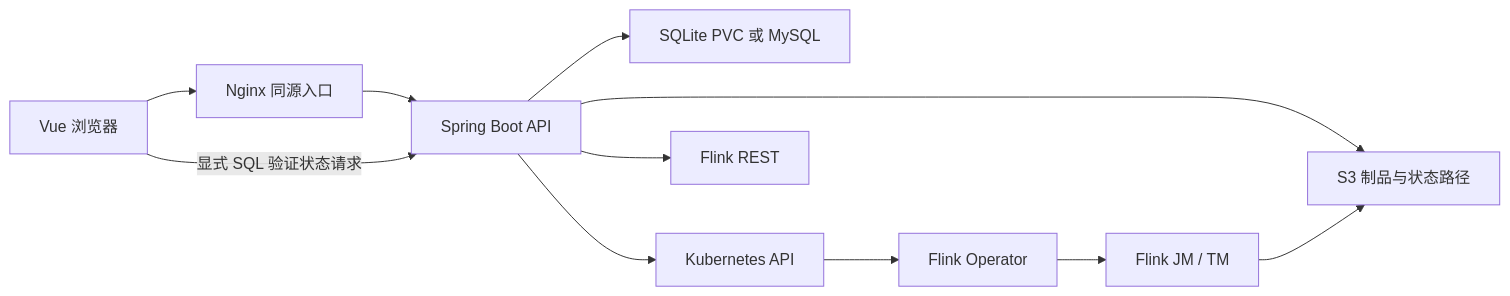
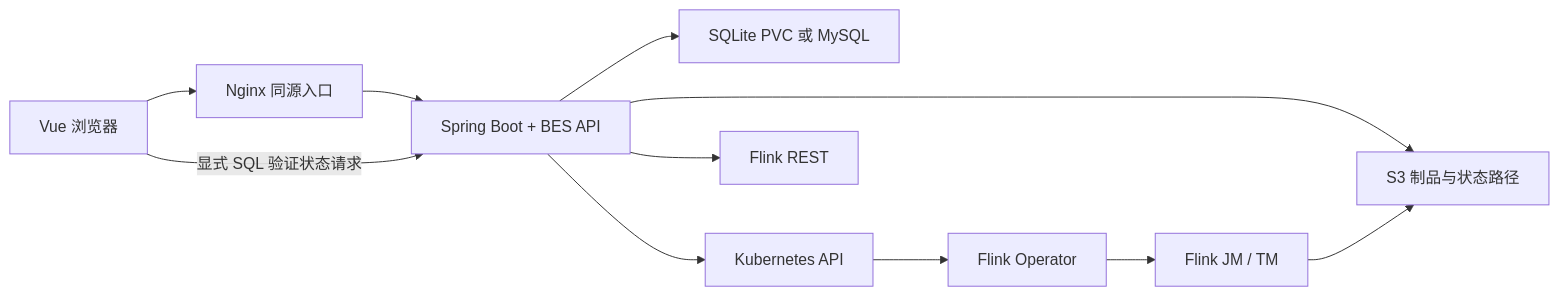
Before and after one commit to gaojiahe1/flink-web: the diagram in docs/agent/architecture.md, drawn with Mermaid. The commit also changed other lines of this file and 28 other files, not shown here.

````diff
--- a/docs/agent/architecture.md
+++ b/docs/agent/architecture.md
@@ -5,13 +5,13 @@
 ```mermaid
 flowchart LR
   Browser[Vue 浏览器] --> Web[Nginx 同源入口]
-  Web --> API[Spring Boot API]
+  Web --> API[Spring Boot + BES API]
   API --> DB[SQLite PVC 或 MySQL]
   API --> K8S[Kubernetes API]
   K8S --> Operator[Flink Operator]
   Operator --> Flink[Flink JM / TM]
   API --> S3[S3 制品与状态路径]
   API --> REST[Flink REST]
   Flink --> S3
   Browser -->|显式 SQL 验证状态请求| API
 ```
````
